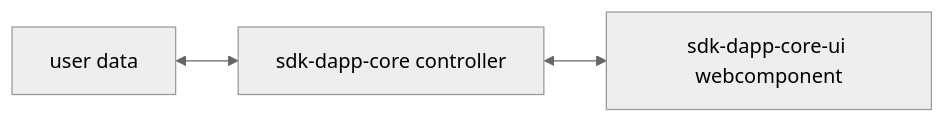
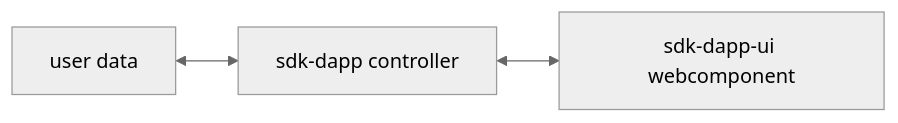
Before and after one commit to multiversx/mx-sdk-dapp-ui: the first of 2 diagrams in README.md, drawn with Mermaid (neutral theme). The commit also changed other lines of this file and 11 other files, not shown here.

````diff
--- a/README.md
+++ b/README.md
@@ -73,4 +73,4 @@
 ```mermaid
 flowchart LR
-    A["user data"] <--> B["sdk-dapp-core controller"] <--> C["sdk-dapp-core-ui webcomponent"]
+    A["user data"] <--> B["sdk-dapp controller"] <--> C["sdk-dapp-ui webcomponent"]
 ```
````
